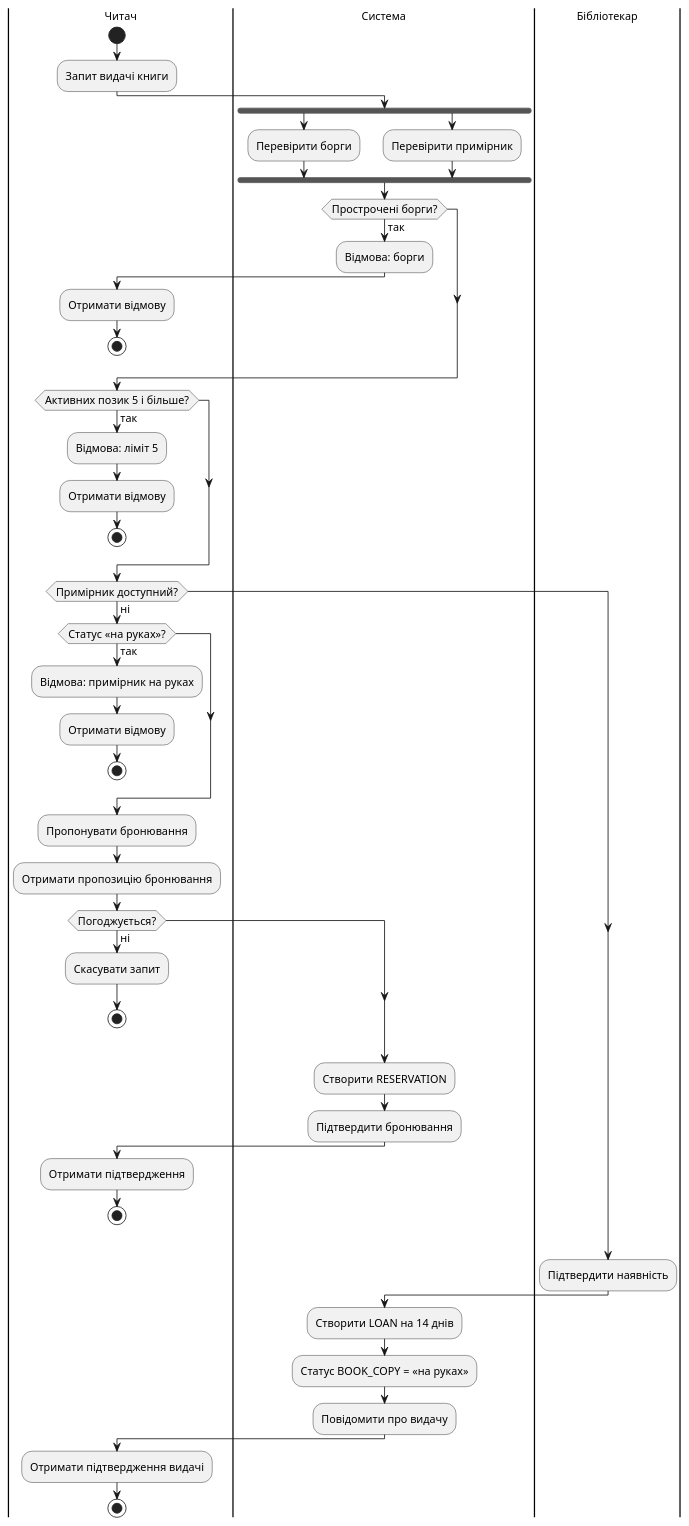
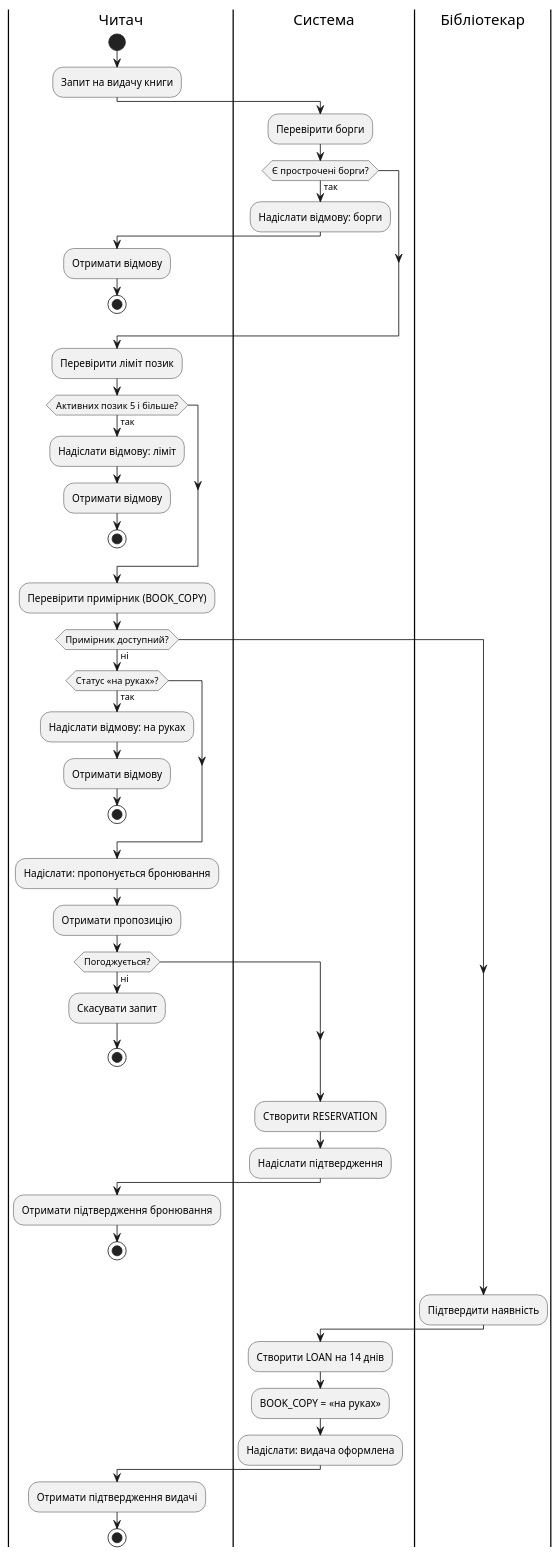
The diagram in task-4/activity.puml (veronikapaschenkor29-png/KPI), drawn with PlantUML before and after one commit. The commit also changed 1 other file, not shown here.

Commit message:
docs(task-4): sequential activity diagram, readable PNG

```diff
--- a/task-4/activity.puml
+++ b/task-4/activity.puml
@@ -1,54 +1,51 @@
 @startuml activity-borrow
-skinparam defaultFontSize 13
 |Читач|
 start
-:Запит видачі книги;
+:Запит на видачу книги;
 |Система|
-fork
-  :Перевірити борги;
-fork again
-  :Перевірити примірник;
-end fork
-if (Прострочені борги?) then (так)
-  :Відмова: борги;
+:Перевірити борги;
+if (Є прострочені борги?) then (так)
+  :Надіслати відмову: борги;
   |Читач|
   :Отримати відмову;
   stop
 endif
+:Перевірити ліміт позик;
 if (Активних позик 5 і більше?) then (так)
-  :Відмова: ліміт 5;
+  :Надіслати відмову: ліміт;
   |Читач|
   :Отримати відмову;
   stop
 endif
+:Перевірити примірник (BOOK_COPY);
 if (Примірник доступний?) then (ні)
   if (Статус «на руках»?) then (так)
-    :Відмова: примірник на руках;
+    :Надіслати відмову: на руках;
     |Читач|
     :Отримати відмову;
     stop
   endif
-  :Пропонувати бронювання;
+  :Надіслати: пропонується бронювання;
   |Читач|
-  :Отримати пропозицію бронювання;
+  :Отримати пропозицію;
   if (Погоджується?) then (ні)
     :Скасувати запит;
     stop
   endif
   |Система|
   :Створити RESERVATION;
-  :Підтвердити бронювання;
+  :Надіслати підтвердження;
   |Читач|
-  :Отримати підтвердження;
+  :Отримати підтвердження бронювання;
   stop
 endif
 |Бібліотекар|
 :Підтвердити наявність;
 |Система|
 :Створити LOAN на 14 днів;
-:Статус BOOK_COPY = «на руках»;
-:Повідомити про видачу;
+:BOOK_COPY = «на руках»;
+:Надіслати: видача оформлена;
 |Читач|
 :Отримати підтвердження видачі;
 stop
 @enduml
```
